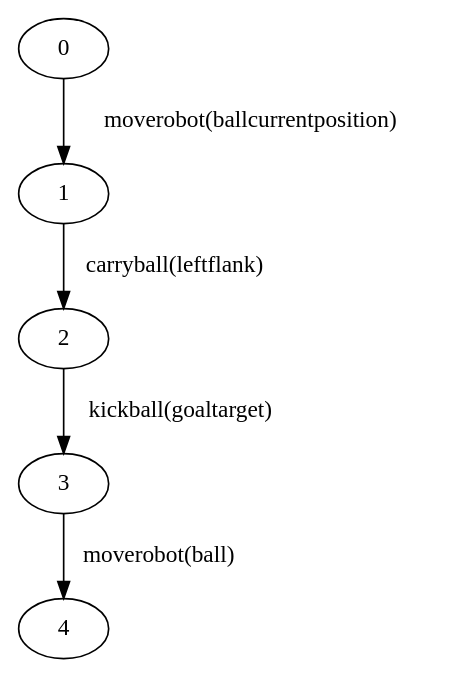
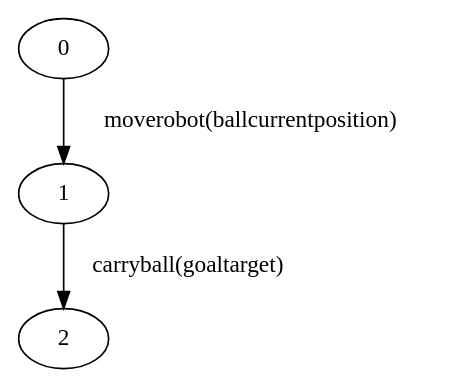
Before and after one commit to EmanueleMusumeci/SPL_RoboCup_Dynamic_Behavior_Generation_From_PDDL_PLTLf_specification_review_version: the diagram in robocup_spl_temporal_goals/experiments/adversarial_experiment/output/plan_preview/adversarial_striker_A_striker.dot, drawn with Graphviz. The commit also changed 25 other files, not shown here.

```diff
--- a/robocup_spl_temporal_goals/experiments/adversarial_experiment/output/plan_preview/adversarial_striker_A_striker.dot
+++ b/robocup_spl_temporal_goals/experiments/adversarial_experiment/output/plan_preview/adversarial_striker_A_striker.dot
@@ -1,15 +1,9 @@
 strict digraph "" {
 	0	[color=black];
 	1	[color=black];
 	0 -> 1	[color=black,
 		label="moverobot(ballcurrentposition)"];
 	2	[color=black];
 	1 -> 2	[color=black,
-		label="carryball(leftflank)"];
-	3	[color=black];
-	2 -> 3	[color=black,
-		label="kickball(goaltarget)"];
-	4	[color=black];
-	3 -> 4	[color=black,
-		label="moverobot(ball)"];
+		label="carryball(goaltarget)"];
 }
```
